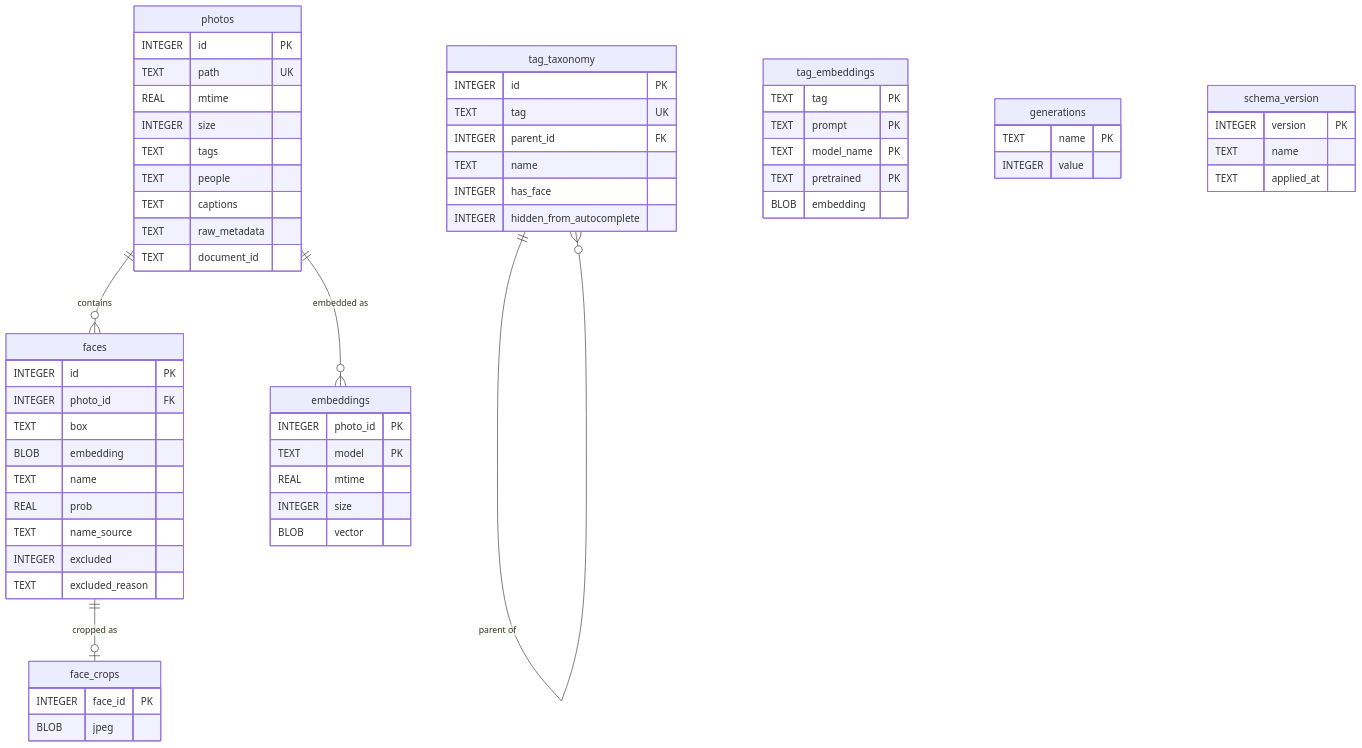
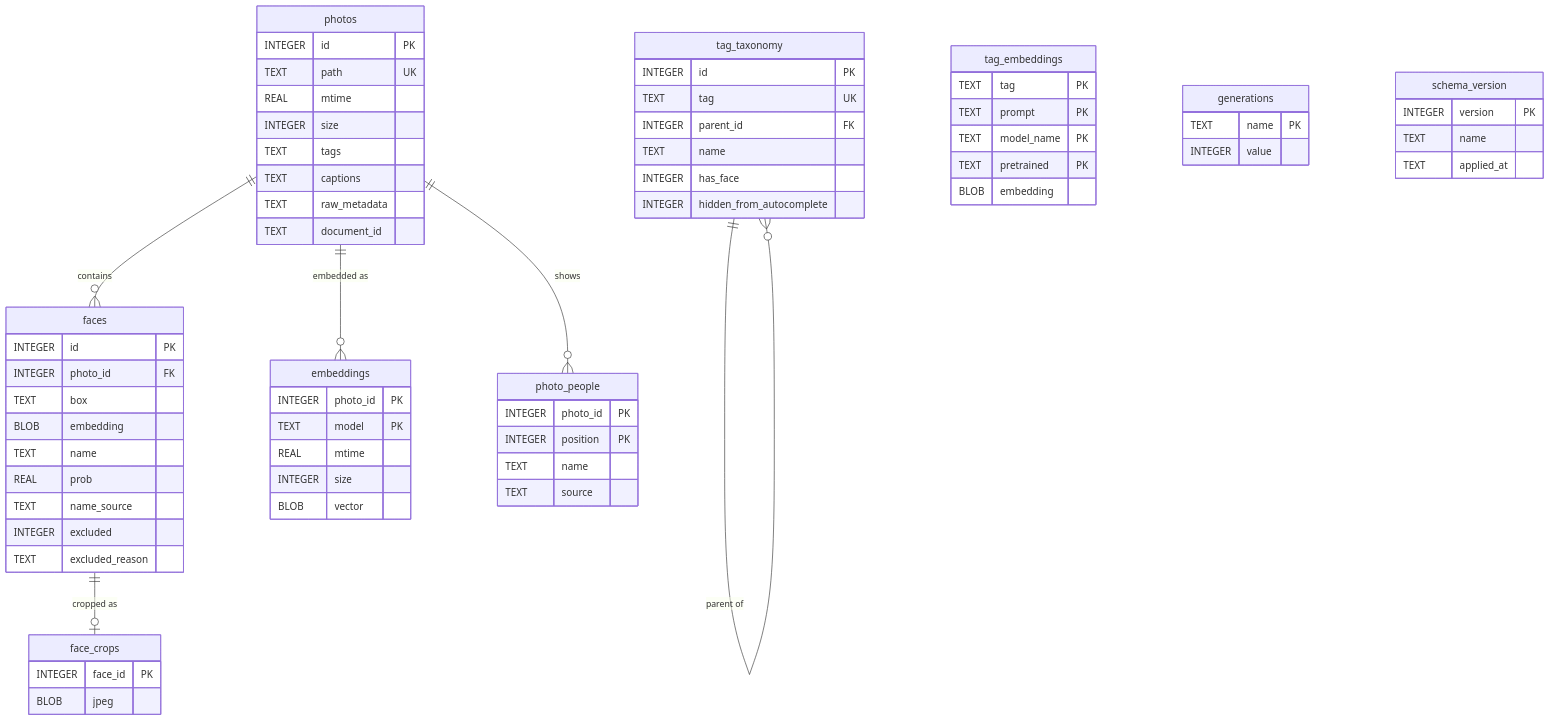
One commit to Wizoi/TagPup changed the first of 2 diagrams in DATABASE.md. Above: the diagram before and after it, drawn with Mermaid. The commit also changed other lines of this file and 54 other files, not shown here.

First line of the commit message:
refactor: each photo's people in photo_people, by one rule

````diff
--- a/DATABASE.md
+++ b/DATABASE.md
@@ -157,72 +168,79 @@
 ```mermaid
 erDiagram
     photos {
         INTEGER id PK
         TEXT path UK
         REAL mtime
         INTEGER size
         TEXT tags
-        TEXT people
         TEXT captions
         TEXT raw_metadata
         TEXT document_id
     }
     
     faces {
         INTEGER id PK
         INTEGER photo_id FK
         TEXT box
         BLOB embedding
         TEXT name
         REAL prob
         TEXT name_source
         INTEGER excluded
         TEXT excluded_reason
     }
     
     embeddings {
         INTEGER photo_id PK
         TEXT model PK
         REAL mtime
         INTEGER size
         BLOB vector
     }
 
     tag_taxonomy {
         INTEGER id PK
         TEXT tag UK
         INTEGER parent_id FK
         TEXT name
         INTEGER has_face
         INTEGER hidden_from_autocomplete
     }
 
+    photo_people {
+        INTEGER photo_id PK
+        INTEGER position PK
+        TEXT name
+        TEXT source
+    }
+
     tag_embeddings {
         TEXT tag PK
         TEXT prompt PK
         TEXT model_name PK
         TEXT pretrained PK
         BLOB embedding
     }
 
     face_crops {
         INTEGER face_id PK
         BLOB jpeg
     }
 
     generations {
         TEXT name PK
         INTEGER value
     }
 
     schema_version {
         INTEGER version PK
         TEXT name
         TEXT applied_at
     }
 
     photos ||--o{ faces : "contains"
     photos ||--o{ embeddings : "embedded as"
+    photos ||--o{ photo_people : "shows"
     faces ||--o| face_crops : "cropped as"
     tag_taxonomy ||--o{ tag_taxonomy : "parent of"
 ```
````
